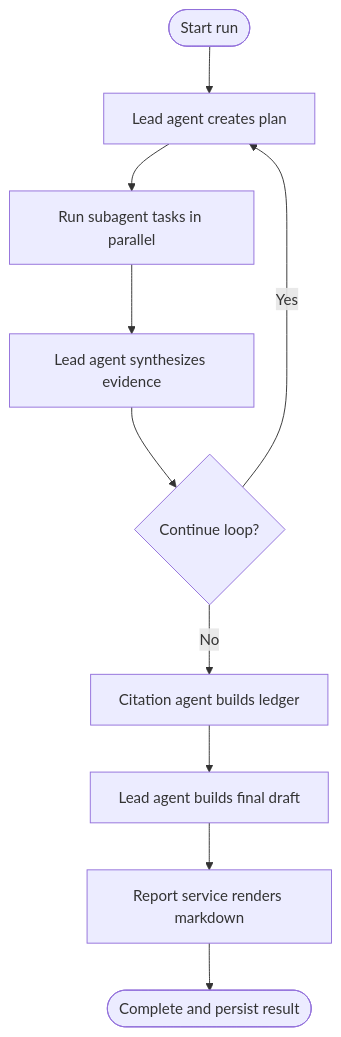
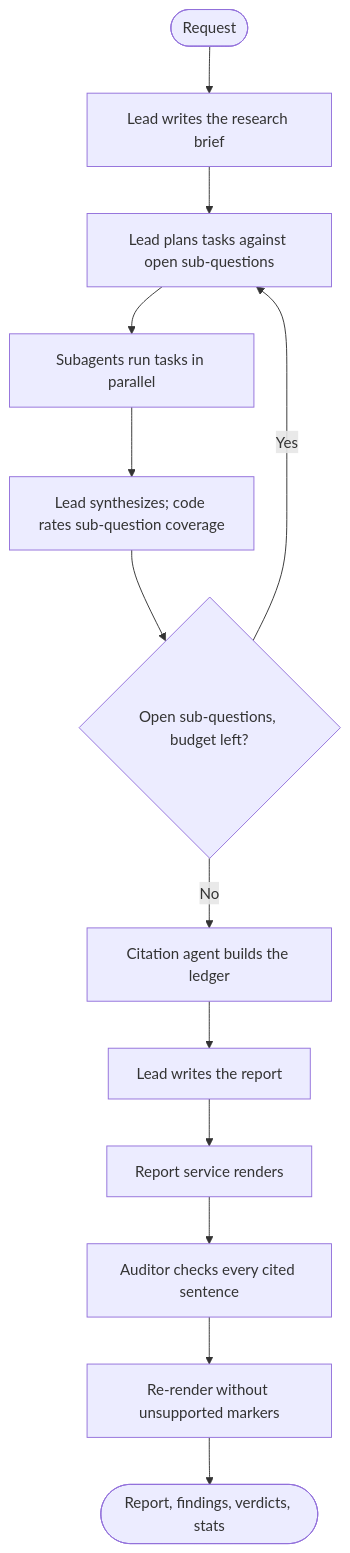
The second of 3 diagrams in ARCH.md (jolovicdev/shandu), drawn with Mermaid before and after one commit. The commit also changed other lines of this file and 14 other files, not shown here.

````diff
--- a/ARCH.md
+++ b/ARCH.md
@@ -28,12 +35,15 @@
 ```mermaid
 flowchart TD
-    start([Start run]) --> plan[Lead agent creates plan]
-    plan --> fanout[Run subagent tasks in parallel]
-    fanout --> synth[Lead agent synthesizes evidence]
-    synth --> decision{Continue loop?}
+    start([Request]) --> brief[Lead writes the research brief]
+    brief --> plan[Lead plans tasks against open sub-questions]
+    plan --> tasks[Subagents run tasks in parallel]
+    tasks --> synth[Lead synthesizes; code rates sub-question coverage]
+    synth --> decision{Open sub-questions, budget left?}
     decision -->|Yes| plan
-    decision -->|No| cite[Citation agent builds ledger]
-    cite --> draft[Lead agent builds final draft]
-    draft --> render[Report service renders markdown]
-    render --> done([Complete and persist result])
+    decision -->|No| ledger[Citation agent builds the ledger]
+    ledger --> write[Lead writes the report]
+    write --> render[Report service renders]
+    render --> check[Auditor checks every cited sentence]
+    check --> rerender[Re-render without unsupported markers]
+    rerender --> done([Report, findings, verdicts, stats])
 ```
````
